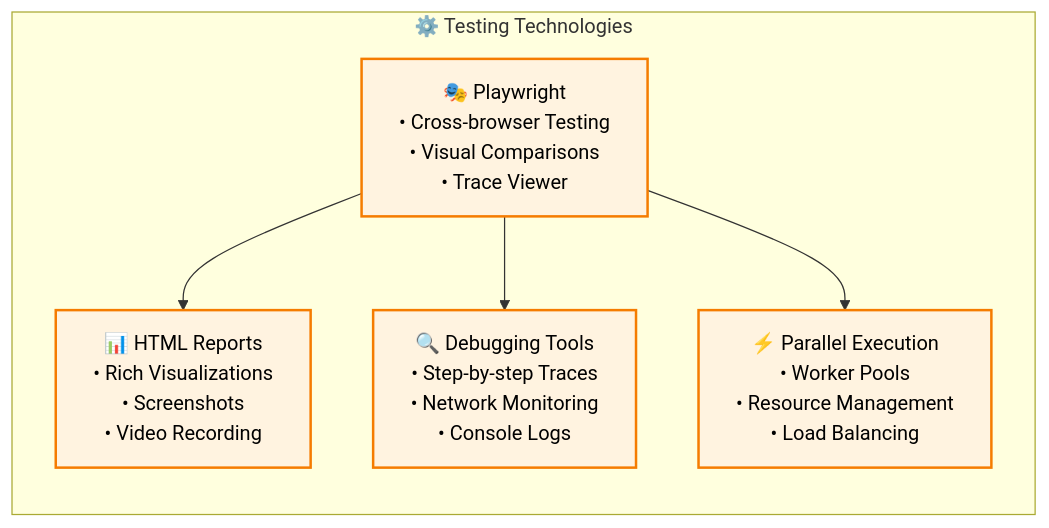
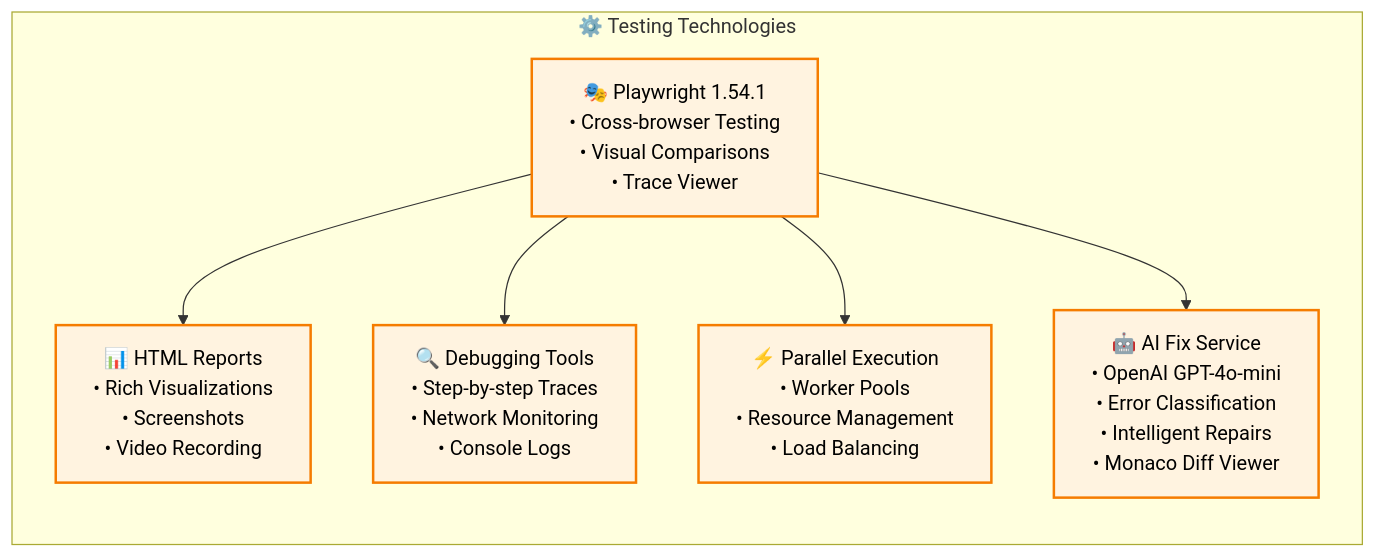
Before and after one commit to supercheck-io/supercheck-core: the seventh of 11 diagrams in .specs/SUPERCHECK_ARCHITECTURE.md, drawn with Mermaid. The commit also changed other lines of this file and 26 other files, not shown here.

````diff
--- a/.specs/SUPERCHECK_ARCHITECTURE.md
+++ b/.specs/SUPERCHECK_ARCHITECTURE.md
@@ -335,16 +352,18 @@
 ```mermaid
 graph LR
     subgraph "⚙️ Testing Technologies"
-        T1[🎭 Playwright<br/>• Cross-browser Testing<br/>• Visual Comparisons<br/>• Trace Viewer]
+        T1[🎭 Playwright 1.54.1<br/>• Cross-browser Testing<br/>• Visual Comparisons<br/>• Trace Viewer]
         T2[📊 HTML Reports<br/>• Rich Visualizations<br/>• Screenshots<br/>• Video Recording]
         T3[🔍 Debugging Tools<br/>• Step-by-step Traces<br/>• Network Monitoring<br/>• Console Logs]
         T4[⚡ Parallel Execution<br/>• Worker Pools<br/>• Resource Management<br/>• Load Balancing]
+        T5[🤖 AI Fix Service<br/>• OpenAI GPT-4o-mini<br/>• Error Classification<br/>• Intelligent Repairs<br/>• Monaco Diff Viewer]
     end
-    
+
     T1 --> T2
     T1 --> T3
     T1 --> T4
-    
+    T1 --> T5
+
     classDef tech fill:#fff3e0,stroke:#f57c00,stroke-width:2px,color:#000
-    class T1,T2,T3,T4 tech
+    class T1,T2,T3,T4,T5 tech
 ```
````
